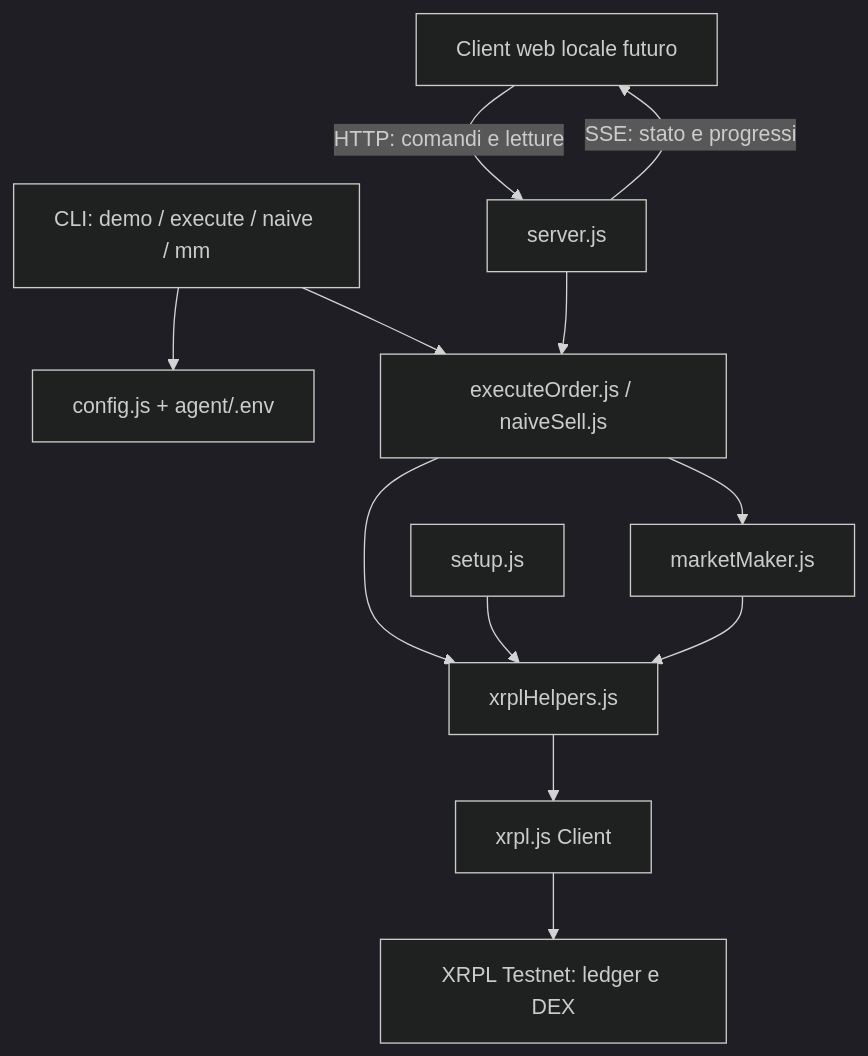
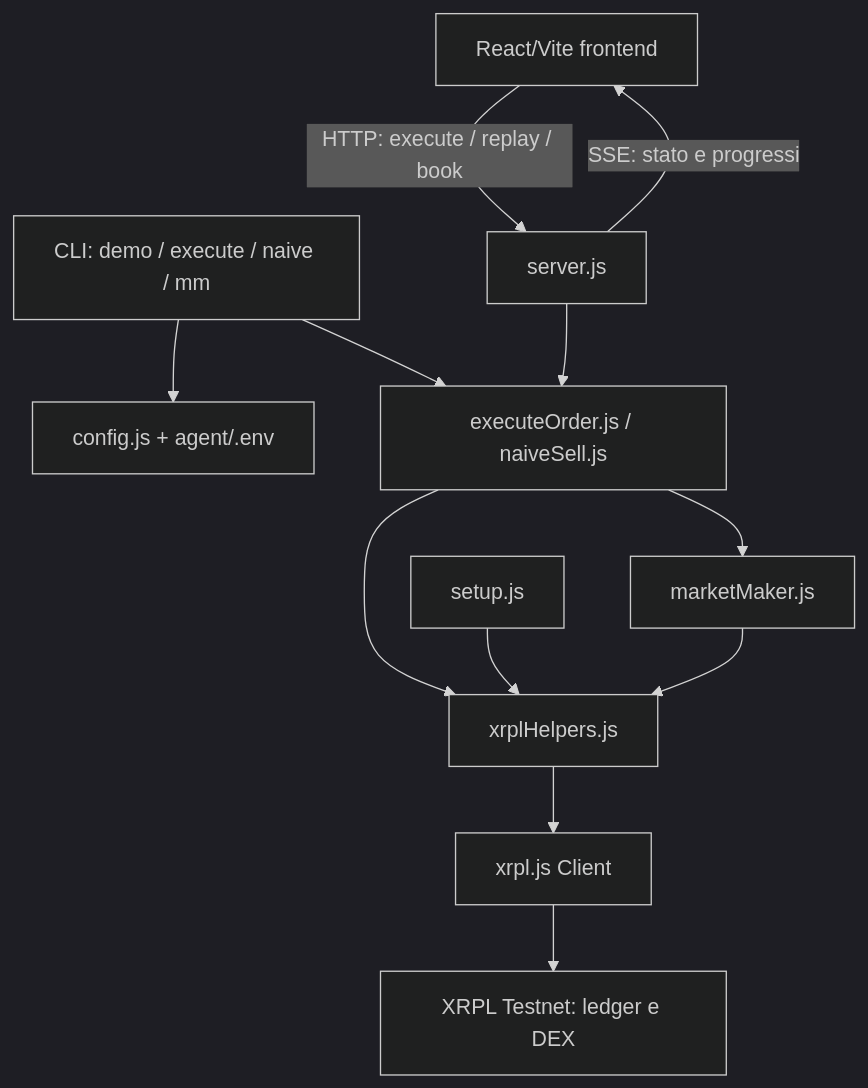
The diagram in docs/PROJECT_GUIDE.md (kotsee50-rar/HoldIt), drawn with Mermaid (dark theme) before and after one commit. The commit also changed other lines of this file and 1 other file, not shown here.

First line of the commit message:
Docs: describe the React frontend, the book, the replays and current test counts

````diff
--- a/docs/PROJECT_GUIDE.md
+++ b/docs/PROJECT_GUIDE.md
@@ -70,14 +84,14 @@
 ```mermaid
 flowchart TD
   CLI[CLI: demo / execute / naive / mm] --> CFG[config.js + agent/.env]
-  WEB[Client web locale futuro] -->|HTTP: comandi e letture| SERVER[server.js]
+  WEB[React/Vite frontend] -->|HTTP: execute / replay / book| SERVER[server.js]
   SERVER -->|SSE: stato e progressi| WEB
   SERVER --> ENGINE[executeOrder.js / naiveSell.js]
   CLI --> ENGINE
   ENGINE --> HELP[xrplHelpers.js]
   ENGINE --> MM[marketMaker.js]
   MM --> HELP
   SETUP[setup.js] --> HELP
   HELP --> XRPL[xrpl.js Client]
   XRPL --> TESTNET[XRPL Testnet: ledger e DEX]
 ```
````
